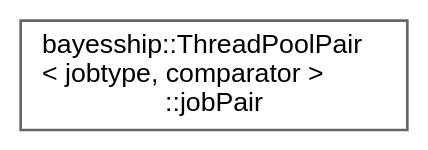
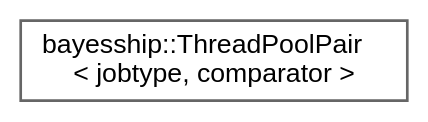
One commit to bayescollab/BayesShip changed the diagram in inherit_graph_18.dot. Above: the diagram before and after it, drawn with Graphviz. The commit also changed 209 other files, not shown here.

```diff
--- a/inherit_graph_18.dot
+++ b/inherit_graph_18.dot
@@ -1,9 +1,9 @@
 digraph "Graphical Class Hierarchy"
 {
  // LATEX_PDF_SIZE
   bgcolor="transparent";
   edge [fontname=Helvetica,fontsize=10,labelfontname=Helvetica,labelfontsize=10];
   node [fontname=Helvetica,fontsize=10,shape=box,height=0.2,width=0.4];
   rankdir="LR";
-  Node0 [label="bayesship::ThreadPoolPair\l\< jobtype, comparator \>\l::jobPair",height=0.2,width=0.4,color="grey40", fillcolor="white", style="filled",URL="$structbayesship_1_1ThreadPoolPair_1_1jobPair.html",tooltip=" "];
+  Node0 [label="bayesship::ThreadPoolPair\l\< jobtype, comparator \>",height=0.2,width=0.4,color="grey40", fillcolor="white", style="filled",URL="$classbayesship_1_1ThreadPoolPair.html",tooltip="Class for creating a pool of threads to asynchronously distribute work in groups of variable size."];
 }
```
